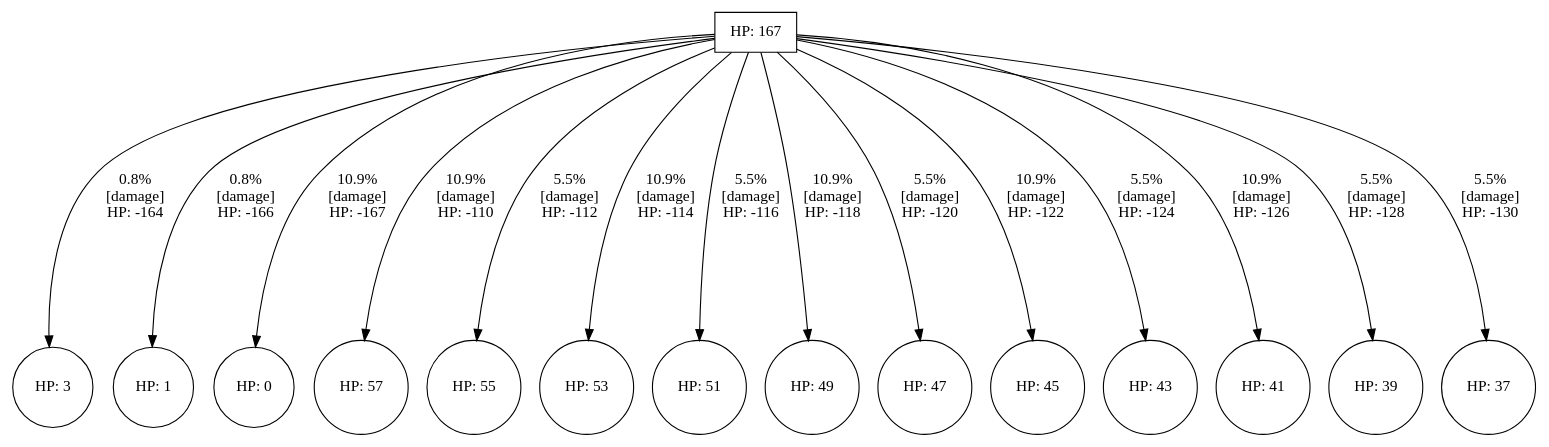
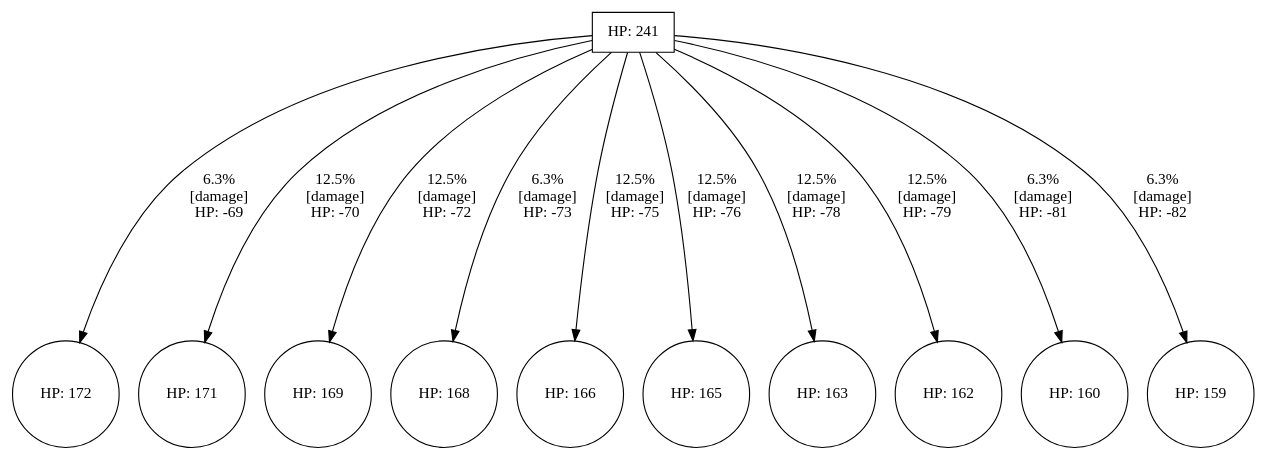
One commit to LumarisX/dmg changed the diagram in turn-tree.dot. Above: the diagram before and after it, drawn with Graphviz. The commit also changed 5 other files, not shown here.

```diff
--- a/turn-tree.dot
+++ b/turn-tree.dot
@@ -1,47 +1,35 @@
 digraph G {
   graph [ranksep=3];
   node [shape=box];
-  "167|Fairy|undefined|undefined" [label="HP: 167",shape=box];
-  "167|Fairy|undefined|undefined" -> "3|Fairy|undefined|undefined" [label="0.8%\n[damage]
-HP: -164"];
-  "3|Fairy|undefined|undefined" [label="HP: 3",shape=circle];
-  "167|Fairy|undefined|undefined" -> "1|Fairy|undefined|undefined" [label="0.8%\n[damage]
-HP: -166"];
-  "1|Fairy|undefined|undefined" [label="HP: 1",shape=circle];
-  "167|Fairy|undefined|undefined" -> "0|Fairy|undefined|undefined" [label="10.9%\n[damage]
-HP: -167"];
-  "0|Fairy|undefined|undefined" [label="HP: 0",shape=circle];
-  "167|Fairy|undefined|undefined" -> "57|Fairy|undefined|undefined" [label="10.9%\n[damage]
-HP: -110"];
-  "57|Fairy|undefined|undefined" [label="HP: 57",shape=circle];
-  "167|Fairy|undefined|undefined" -> "55|Fairy|undefined|undefined" [label="5.5%\n[damage]
-HP: -112"];
-  "55|Fairy|undefined|undefined" [label="HP: 55",shape=circle];
-  "167|Fairy|undefined|undefined" -> "53|Fairy|undefined|undefined" [label="10.9%\n[damage]
-HP: -114"];
-  "53|Fairy|undefined|undefined" [label="HP: 53",shape=circle];
-  "167|Fairy|undefined|undefined" -> "51|Fairy|undefined|undefined" [label="5.5%\n[damage]
-HP: -116"];
-  "51|Fairy|undefined|undefined" [label="HP: 51",shape=circle];
-  "167|Fairy|undefined|undefined" -> "49|Fairy|undefined|undefined" [label="10.9%\n[damage]
-HP: -118"];
-  "49|Fairy|undefined|undefined" [label="HP: 49",shape=circle];
-  "167|Fairy|undefined|undefined" -> "47|Fairy|undefined|undefined" [label="5.5%\n[damage]
-HP: -120"];
-  "47|Fairy|undefined|undefined" [label="HP: 47",shape=circle];
-  "167|Fairy|undefined|undefined" -> "45|Fairy|undefined|undefined" [label="10.9%\n[damage]
-HP: -122"];
-  "45|Fairy|undefined|undefined" [label="HP: 45",shape=circle];
-  "167|Fairy|undefined|undefined" -> "43|Fairy|undefined|undefined" [label="5.5%\n[damage]
-HP: -124"];
-  "43|Fairy|undefined|undefined" [label="HP: 43",shape=circle];
-  "167|Fairy|undefined|undefined" -> "41|Fairy|undefined|undefined" [label="10.9%\n[damage]
-HP: -126"];
-  "41|Fairy|undefined|undefined" [label="HP: 41",shape=circle];
-  "167|Fairy|undefined|undefined" -> "39|Fairy|undefined|undefined" [label="5.5%\n[damage]
-HP: -128"];
-  "39|Fairy|undefined|undefined" [label="HP: 39",shape=circle];
-  "167|Fairy|undefined|undefined" -> "37|Fairy|undefined|undefined" [label="5.5%\n[damage]
-HP: -130"];
-  "37|Fairy|undefined|undefined" [label="HP: 37",shape=circle];
+  "241|Psychic|undefined|undefined" [label="HP: 241",shape=box];
+  "241|Psychic|undefined|undefined" -> "172|Psychic|undefined|undefined" [label="6.3%\n[damage]
+HP: -69"];
+  "172|Psychic|undefined|undefined" [label="HP: 172",shape=circle];
+  "241|Psychic|undefined|undefined" -> "171|Psychic|undefined|undefined" [label="12.5%\n[damage]
+HP: -70"];
+  "171|Psychic|undefined|undefined" [label="HP: 171",shape=circle];
+  "241|Psychic|undefined|undefined" -> "169|Psychic|undefined|undefined" [label="12.5%\n[damage]
+HP: -72"];
+  "169|Psychic|undefined|undefined" [label="HP: 169",shape=circle];
+  "241|Psychic|undefined|undefined" -> "168|Psychic|undefined|undefined" [label="6.3%\n[damage]
+HP: -73"];
+  "168|Psychic|undefined|undefined" [label="HP: 168",shape=circle];
+  "241|Psychic|undefined|undefined" -> "166|Psychic|undefined|undefined" [label="12.5%\n[damage]
+HP: -75"];
+  "166|Psychic|undefined|undefined" [label="HP: 166",shape=circle];
+  "241|Psychic|undefined|undefined" -> "165|Psychic|undefined|undefined" [label="12.5%\n[damage]
+HP: -76"];
+  "165|Psychic|undefined|undefined" [label="HP: 165",shape=circle];
+  "241|Psychic|undefined|undefined" -> "163|Psychic|undefined|undefined" [label="12.5%\n[damage]
+HP: -78"];
+  "163|Psychic|undefined|undefined" [label="HP: 163",shape=circle];
+  "241|Psychic|undefined|undefined" -> "162|Psychic|undefined|undefined" [label="12.5%\n[damage]
+HP: -79"];
+  "162|Psychic|undefined|undefined" [label="HP: 162",shape=circle];
+  "241|Psychic|undefined|undefined" -> "160|Psychic|undefined|undefined" [label="6.3%\n[damage]
+HP: -81"];
+  "160|Psychic|undefined|undefined" [label="HP: 160",shape=circle];
+  "241|Psychic|undefined|undefined" -> "159|Psychic|undefined|undefined" [label="6.3%\n[damage]
+HP: -82"];
+  "159|Psychic|undefined|undefined" [label="HP: 159",shape=circle];
 }
```
